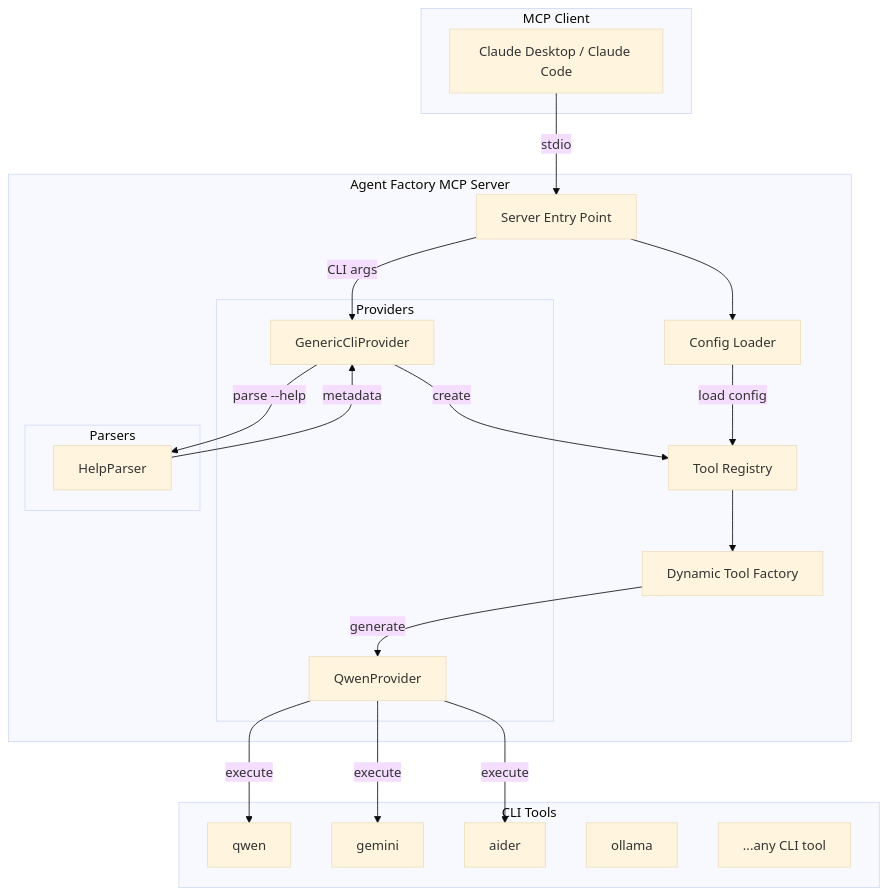
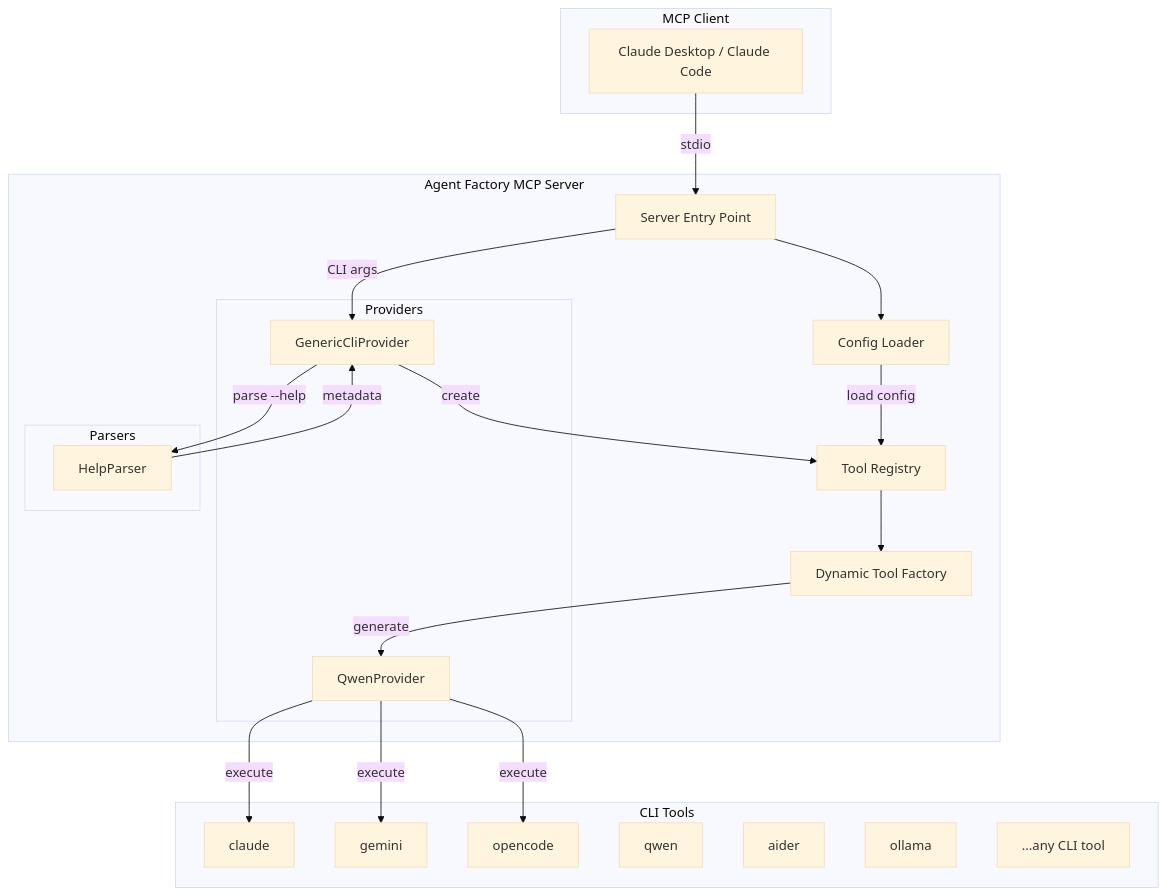
One commit to utenadev/agent-factory-mcp changed the first of 2 diagrams in README.ja.md. Above: the diagram before and after it, drawn with Mermaid (base theme). The commit also changed other lines of this file and 1 other file, not shown here.

````diff
--- a/README.ja.md
+++ b/README.ja.md
@@ -23,43 +25,45 @@
 ```mermaid
 graph TB
     subgraph "MCP Client"
         A[Claude Desktop / Claude Code]
     end
 
     subgraph "Agent Factory MCP Server"
         B[Server Entry Point]
         C[Config Loader]
         D[Tool Registry]
         E[Dynamic Tool Factory]
 
         subgraph "Providers"
             F[QwenProvider]
             G[GenericCliProvider]
         end
 
         subgraph "Parsers"
             H[HelpParser]
         end
     end
 
     subgraph "CLI Tools"
-        I[qwen]
+        I[claude]
         J[gemini]
-        K[aider]
-        L[ollama]
-        M[...any CLI tool]
+        K[opencode]
+        L[qwen]
+        M[aider]
+        N[ollama]
+        O[...any CLI tool]
     end
 
     A -->|stdio| B
     B --> C
     B -->|CLI args| G
     C -->|load config| D
     G -->|create| D
     D --> E
     E -->|generate| F
     F -->|execute| I
     F -->|execute| J
     F -->|execute| K
     G -->|parse --help| H
     H -->|metadata| G
 ```
````
